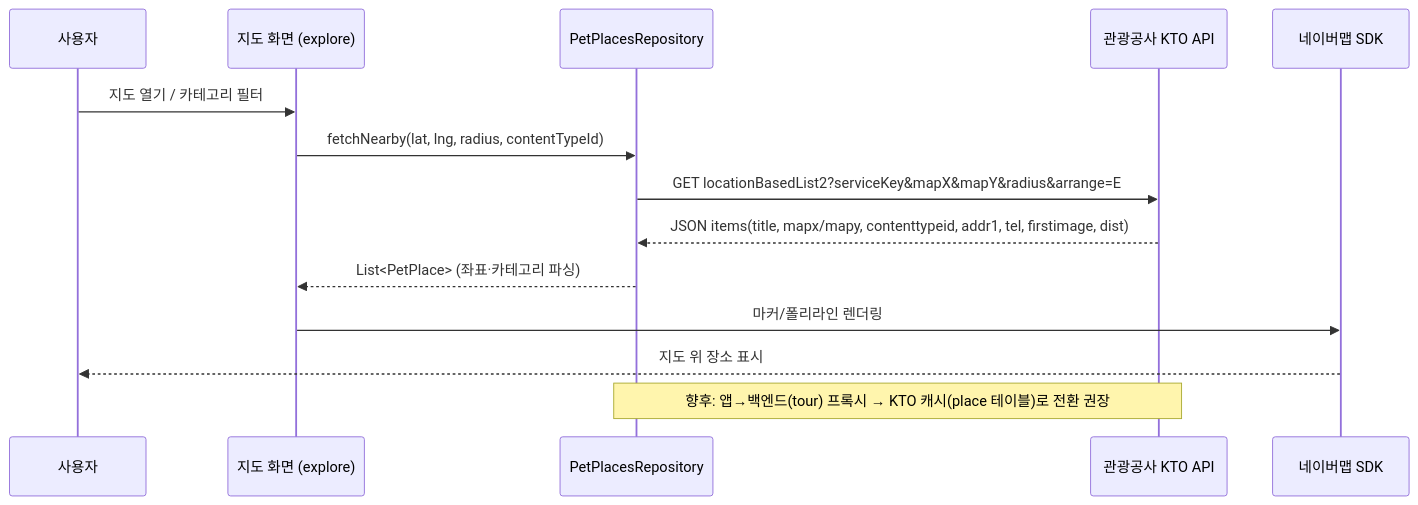
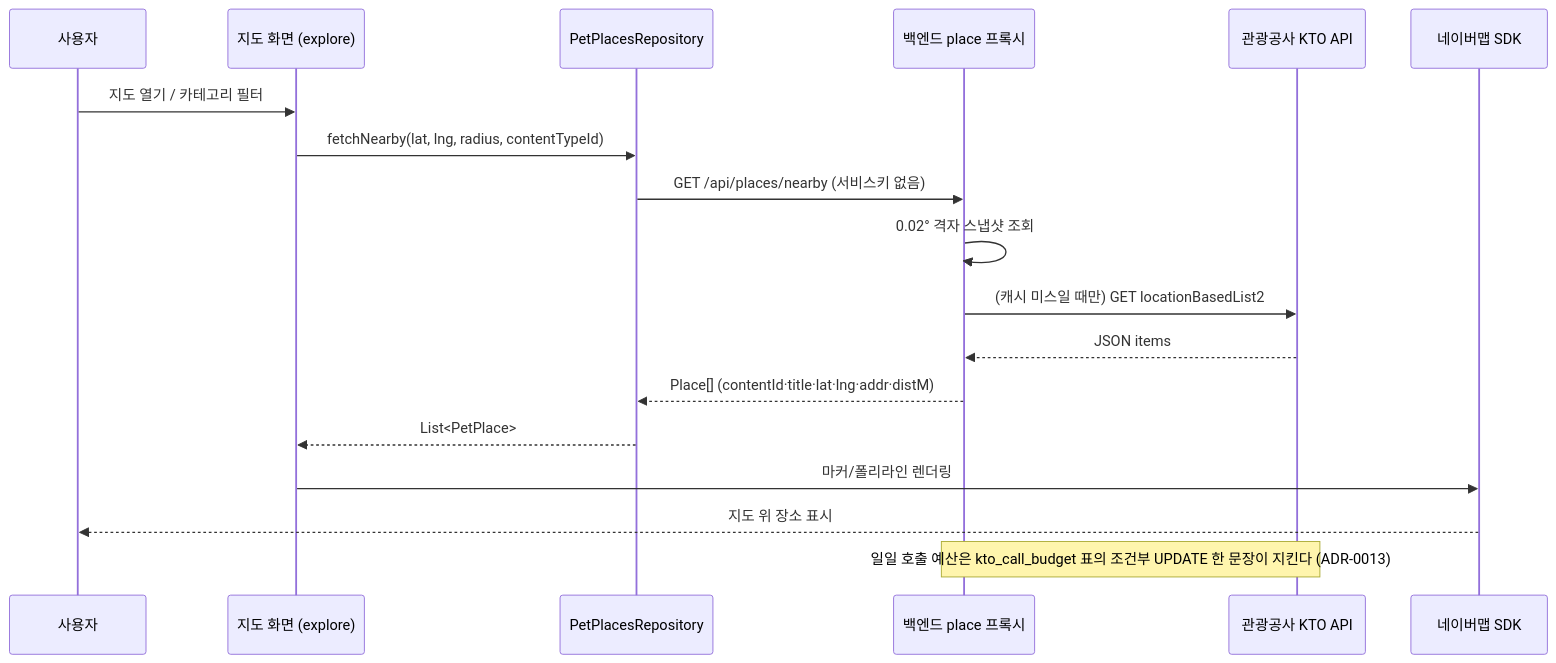
Before and after one commit to sanghyunbang/pawloop: the second of 5 diagrams in docs/02-architecture/system-overview.md, drawn with Mermaid. The commit also changed other lines of this file and 16 other files, not shown here.

````diff
--- a/docs/02-architecture/system-overview.md
+++ b/docs/02-architecture/system-overview.md
@@ -152,17 +152,21 @@
 ```mermaid
 sequenceDiagram
     participant U as 사용자
     participant M as 지도 화면 (explore)
     participant R as PetPlacesRepository
+    participant P as 백엔드 place 프록시
     participant K as 관광공사 KTO API
     participant NM as 네이버맵 SDK
 
     U->>M: 지도 열기 / 카테고리 필터
     M->>R: fetchNearby(lat, lng, radius, contentTypeId)
-    R->>K: GET locationBasedList2?serviceKey&mapX&mapY&radius&arrange=E
-    K-->>R: JSON items(title, mapx/mapy, contenttypeid, addr1, tel, firstimage, dist)
-    R-->>M: List<PetPlace> (좌표·카테고리 파싱)
+    R->>P: GET /api/places/nearby (서비스키 없음)
+    P->>P: 0.02° 격자 스냅샷 조회
+    P->>K: (캐시 미스일 때만) GET locationBasedList2
+    K-->>P: JSON items
+    P-->>R: Place[] (contentId·title·lat·lng·addr·distM)
+    R-->>M: List<PetPlace>
     M->>NM: 마커/폴리라인 렌더링
     NM-->>U: 지도 위 장소 표시
-    Note over R,K: 향후: 앱→백엔드(tour) 프록시 → KTO 캐시(place 테이블)로 전환 권장
+    Note over P,K: 일일 호출 예산은 kto_call_budget 표의 조건부 UPDATE 한 문장이 지킨다 (ADR-0013)
 ```
````
